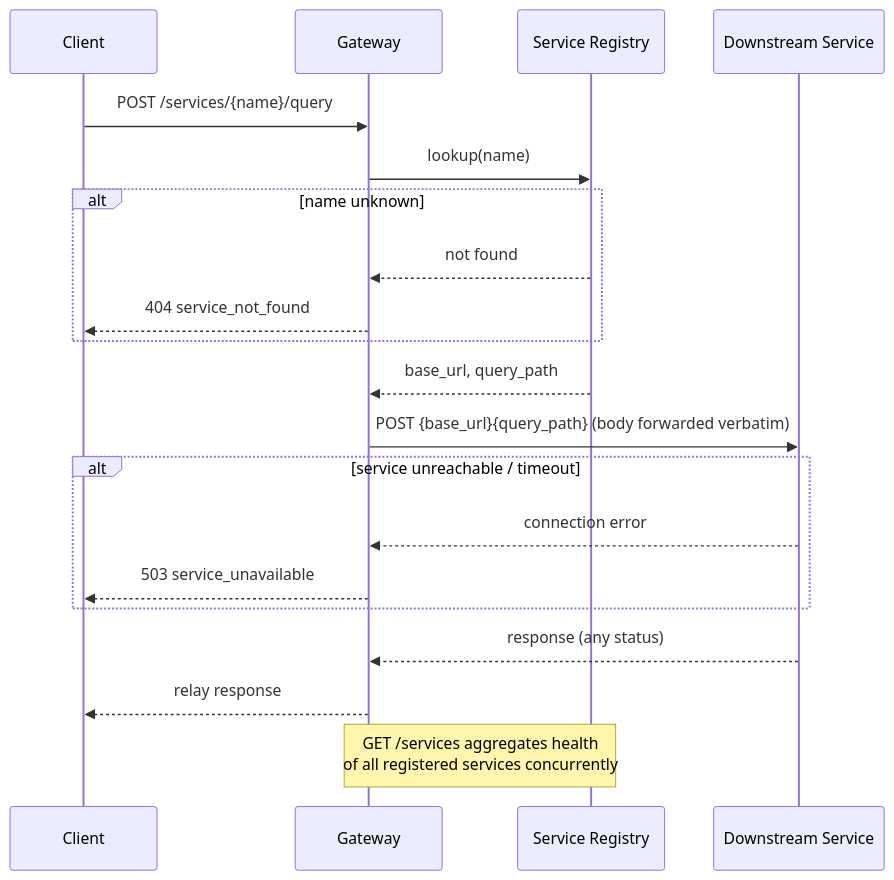
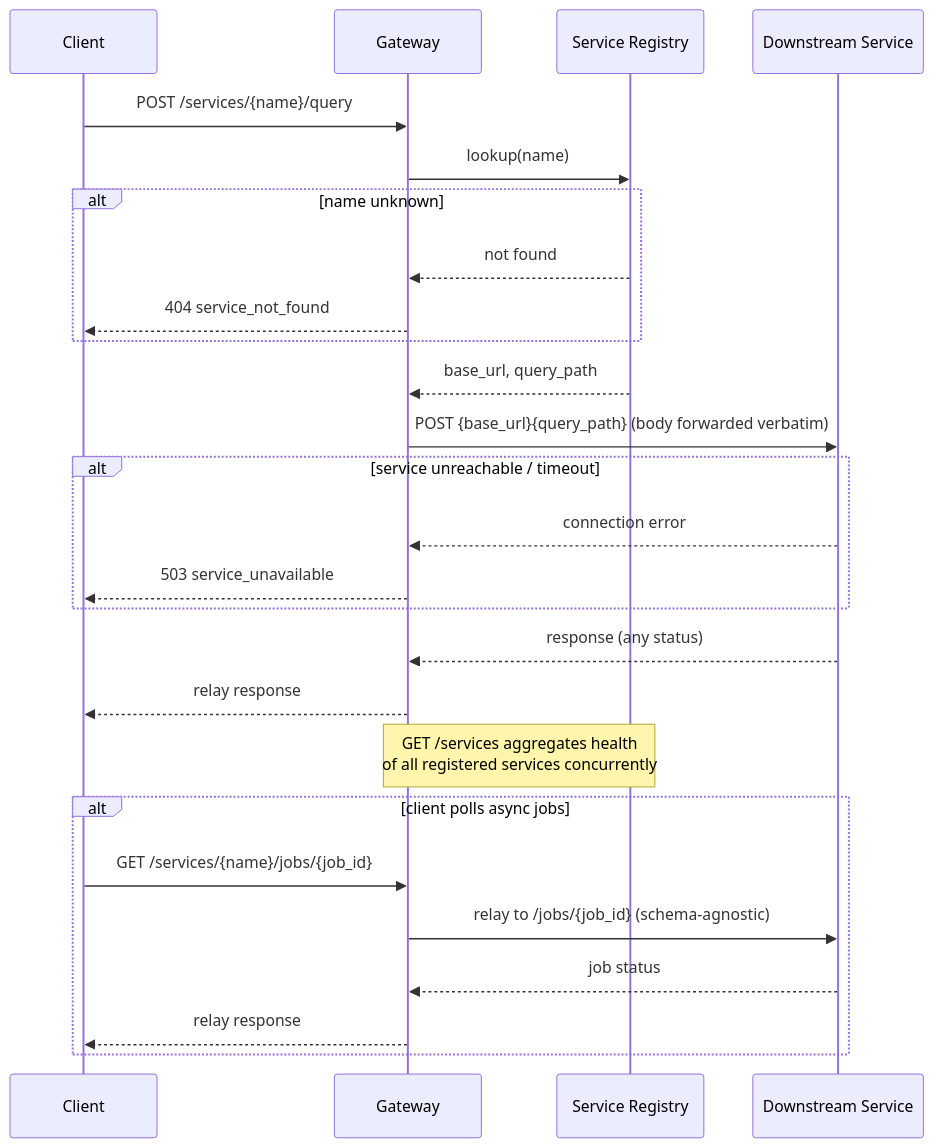
The diagram in gateway/readme.md (MarioAvolio/Portfolio), drawn with Mermaid before and after one commit. The commit also changed 2 other files, not shown here.

Commit message:
[FIX] gateway console: error responses were never rendered in the UI
send()/poll() checked a body.status_code field that only exists when the
gateway relays a downstream response; gateway-level errors (unknown
service, unreachable) return a flat {error_code, message} body instead, so
the check silently fell through and the output box stayed empty. Switch to
response.ok and unwrap either error shape. Found via live browser testing.

Also style errors in red (reusing the unreachable-badge color) so a
failure is visually distinct from a normal report, and fix a factually
wrong line the doc pass added to the request-flow diagram (the gateway
does not schedule job polling -- the client does).

````diff
--- a/gateway/readme.md
+++ b/gateway/readme.md
@@ -47,25 +47,32 @@
 ```mermaid
 sequenceDiagram
     participant Client
     participant GW as Gateway
     participant Reg as Service Registry
     participant DS as Downstream Service
 
     Client->>GW: POST /services/{name}/query
     GW->>Reg: lookup(name)
     alt name unknown
         Reg-->>GW: not found
         GW-->>Client: 404 service_not_found
     end
     Reg-->>GW: base_url, query_path
 
     GW->>DS: POST {base_url}{query_path} (body forwarded verbatim)
     alt service unreachable / timeout
         DS-->>GW: connection error
         GW-->>Client: 503 service_unavailable
     end
     DS-->>GW: response (any status)
     GW-->>Client: relay response
 
     Note over GW,Reg: GET /services aggregates health<br/>of all registered services concurrently
+
+    alt client polls async jobs
+        Client->>GW: GET /services/{name}/jobs/{job_id}
+        GW->>DS: relay to /jobs/{job_id} (schema-agnostic)
+        DS-->>GW: job status
+        GW-->>Client: relay response
+    end
 ```
````
